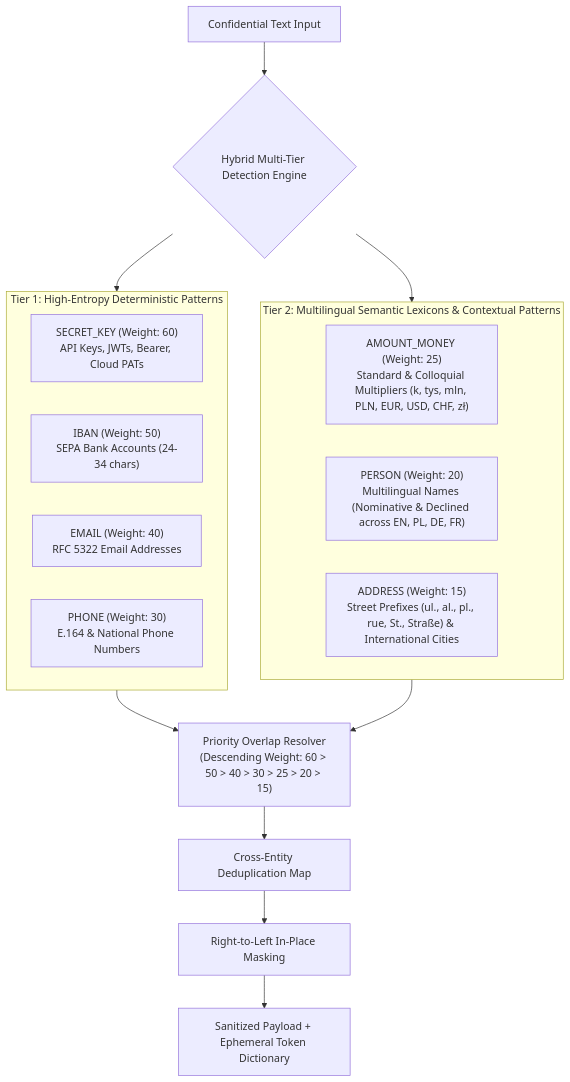
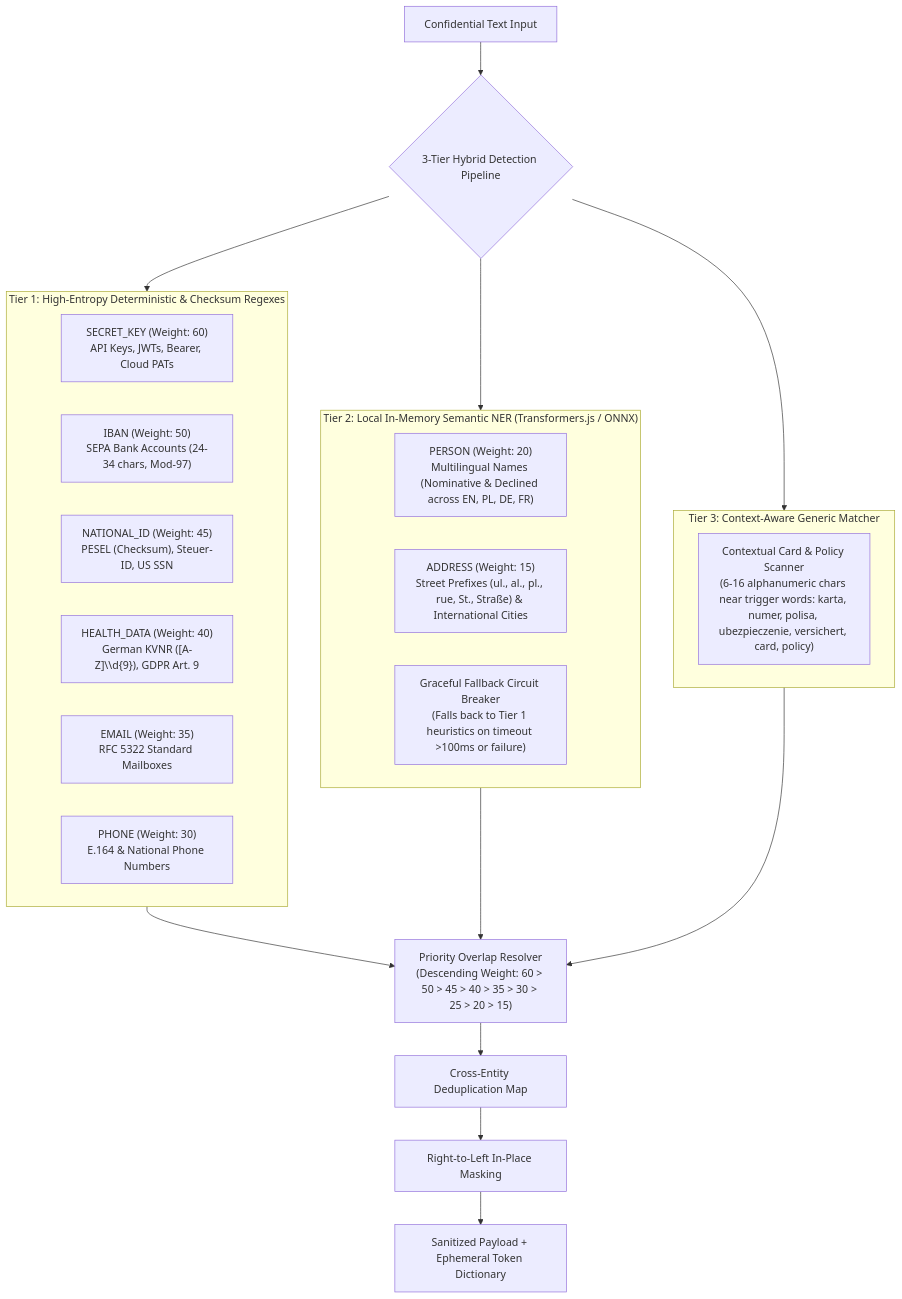
One commit to lukasmatusiewicz/OSCAR changed the first of 2 diagrams in docs/spec/privacy-guard-spec.md. Above: the diagram before and after it, drawn with Mermaid. The commit also changed other lines of this file and 4 other files, not shown here.

````diff
--- a/docs/spec/privacy-guard-spec.md
+++ b/docs/spec/privacy-guard-spec.md
@@ -14,26 +14,34 @@
 ```mermaid
 flowchart TD
-    Input["Confidential Text Input"] --> Split{"Hybrid Multi-Tier Detection Engine"}
+    Input["Confidential Text Input"] --> Split{"3-Tier Hybrid Detection Pipeline"}
     
-    subgraph Tier1["Tier 1: High-Entropy Deterministic Patterns"]
+    subgraph Tier1["Tier 1: High-Entropy Deterministic & Checksum Regexes"]
         TK["SECRET_KEY (Weight: 60)<br/>API Keys, JWTs, Bearer, Cloud PATs"]
-        TI["IBAN (Weight: 50)<br/>SEPA Bank Accounts (24-34 chars)"]
-        TE["EMAIL (Weight: 40)<br/>RFC 5322 Email Addresses"]
+        TI["IBAN (Weight: 50)<br/>SEPA Bank Accounts (24-34 chars, Mod-97)"]
+        TN["NATIONAL_ID (Weight: 45)<br/>PESEL (Checksum), Steuer-ID, US SSN"]
+        TH["HEALTH_DATA (Weight: 40)<br/>German KVNR ([A-Z]\\d{9}), GDPR Art. 9"]
+        TE["EMAIL (Weight: 35)<br/>RFC 5322 Standard Mailboxes"]
         TP["PHONE (Weight: 30)<br/>E.164 & National Phone Numbers"]
     end
 
-    subgraph Tier2["Tier 2: Multilingual Semantic Lexicons & Contextual Patterns"]
-        TM["AMOUNT_MONEY (Weight: 25)<br/>Standard & Colloquial Multipliers (k, tys, mln, PLN, EUR, USD, CHF, zł)"]
+    subgraph Tier2["Tier 2: Local In-Memory Semantic NER (Transformers.js / ONNX)"]
         TR["PERSON (Weight: 20)<br/>Multilingual Names (Nominative & Declined across EN, PL, DE, FR)"]
         TA["ADDRESS (Weight: 15)<br/>Street Prefixes (ul., al., pl., rue, St., Straße) & International Cities"]
+        Fallback["Graceful Fallback Circuit Breaker<br/>(Falls back to Tier 1 heuristics on timeout >100ms or failure)"]
+    end
+
+    subgraph Tier3["Tier 3: Context-Aware Generic Matcher"]
+        TC["Contextual Card & Policy Scanner<br/>(6-16 alphanumeric chars near trigger words: karta, numer, polisa, ubezpieczenie, versichert, card, policy)"]
     end
 
     Split --> Tier1
     Split --> Tier2
+    Split --> Tier3
     
-    Tier1 --> Overlap["Priority Overlap Resolver<br/>(Descending Weight: 60 > 50 > 40 > 30 > 25 > 20 > 15)"]
+    Tier1 --> Overlap["Priority Overlap Resolver<br/>(Descending Weight: 60 > 50 > 45 > 40 > 35 > 30 > 25 > 20 > 15)"]
     Tier2 --> Overlap
+    Tier3 --> Overlap
     Overlap --> Dedupe["Cross-Entity Deduplication Map"]
     Dedupe --> RTL["Right-to-Left In-Place Masking"]
     RTL --> Output["Sanitized Payload + Ephemeral Token Dictionary"]
 ```
````
